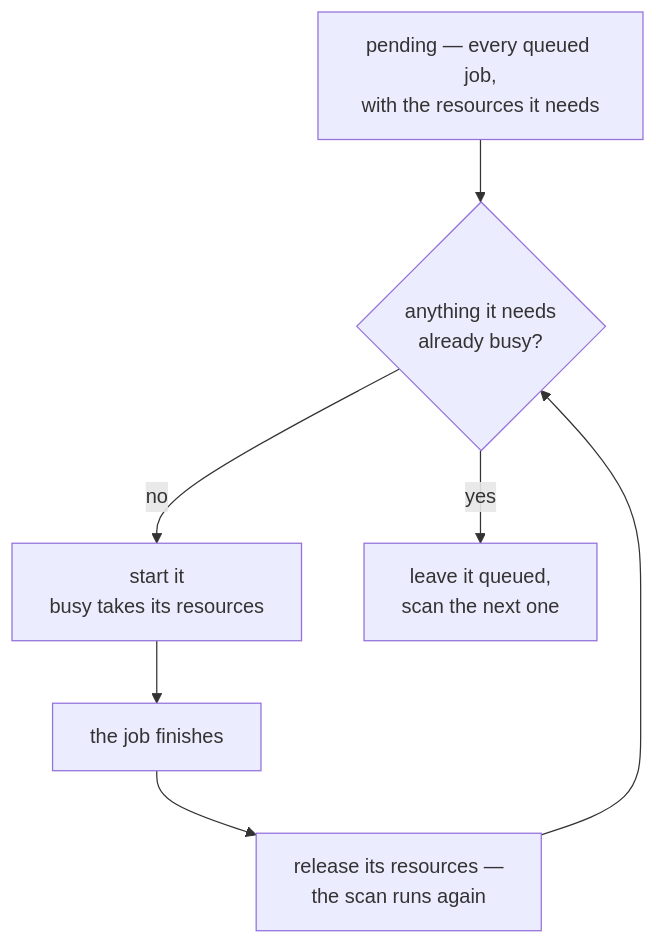
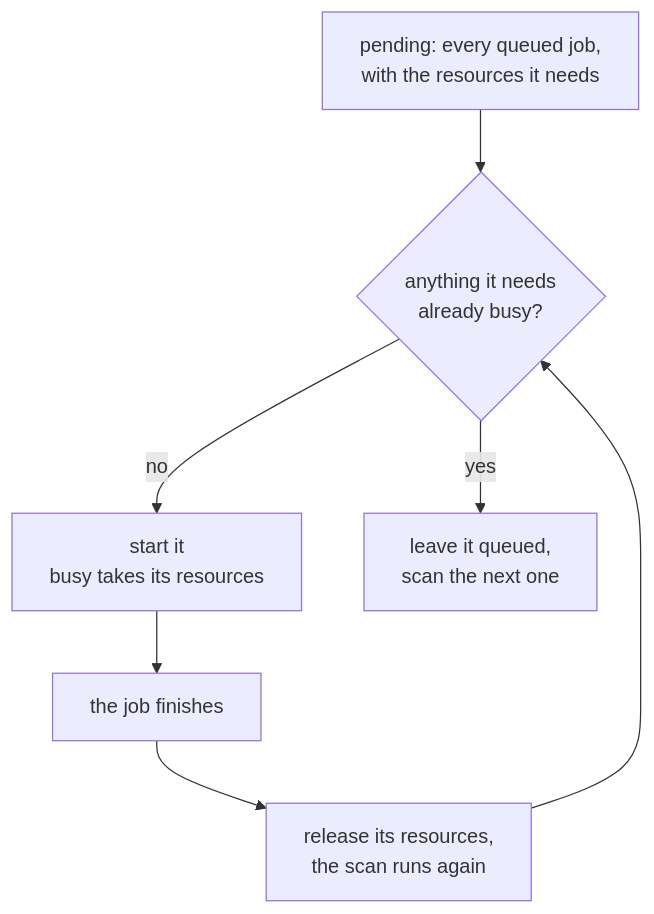
One commit to lhuthng/storycast changed the fourth of 7 diagrams in docs/ARCHITECTURE.md. Above: the diagram before and after it, drawn with Mermaid. The commit also changed other lines of this file and 8 other files, not shown here.

````diff
--- a/docs/ARCHITECTURE.md
+++ b/docs/ARCHITECTURE.md
@@ -977,9 +947,9 @@
 ```mermaid
 flowchart TB
-    Q["pending — every queued job,<br/>with the resources it needs"] --> SCAN{"anything it needs<br/>already busy?"}
+    Q["pending: every queued job,<br/>with the resources it needs"] --> SCAN{"anything it needs<br/>already busy?"}
     SCAN -->|no| RUN["start it<br/>busy takes its resources"]
     SCAN -->|yes| WAIT["leave it queued,<br/>scan the next one"]
     RUN --> FIN["the job finishes"]
-    FIN --> REL["release its resources —<br/>the scan runs again"]
+    FIN --> REL["release its resources,<br/>the scan runs again"]
     REL --> SCAN
 ```
````
